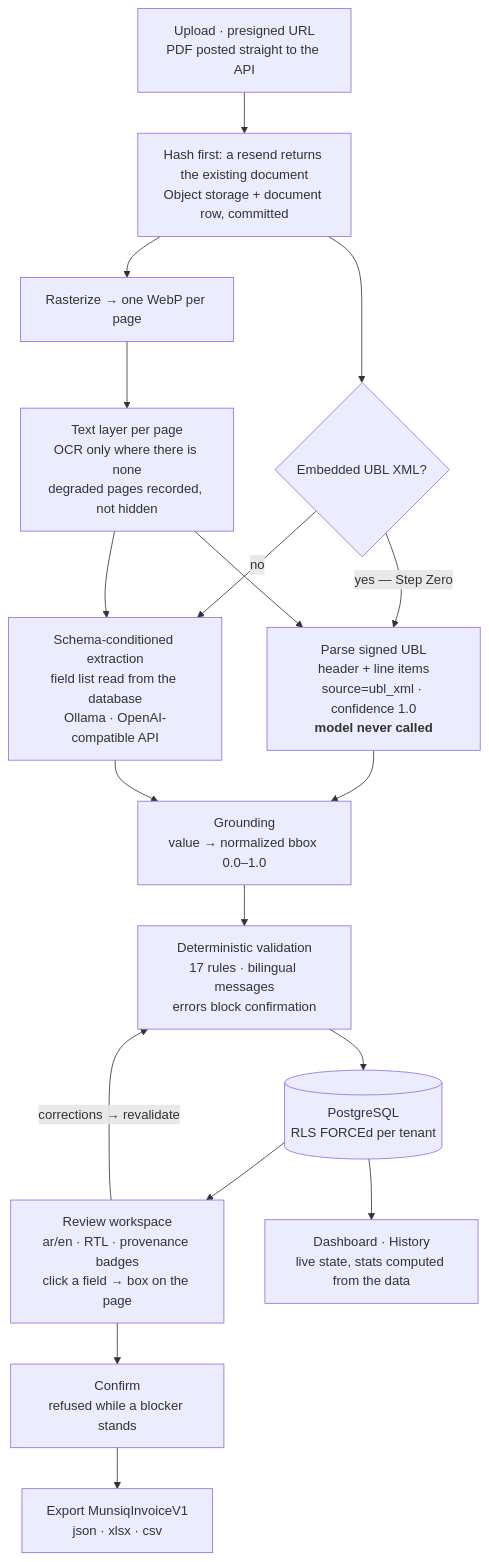
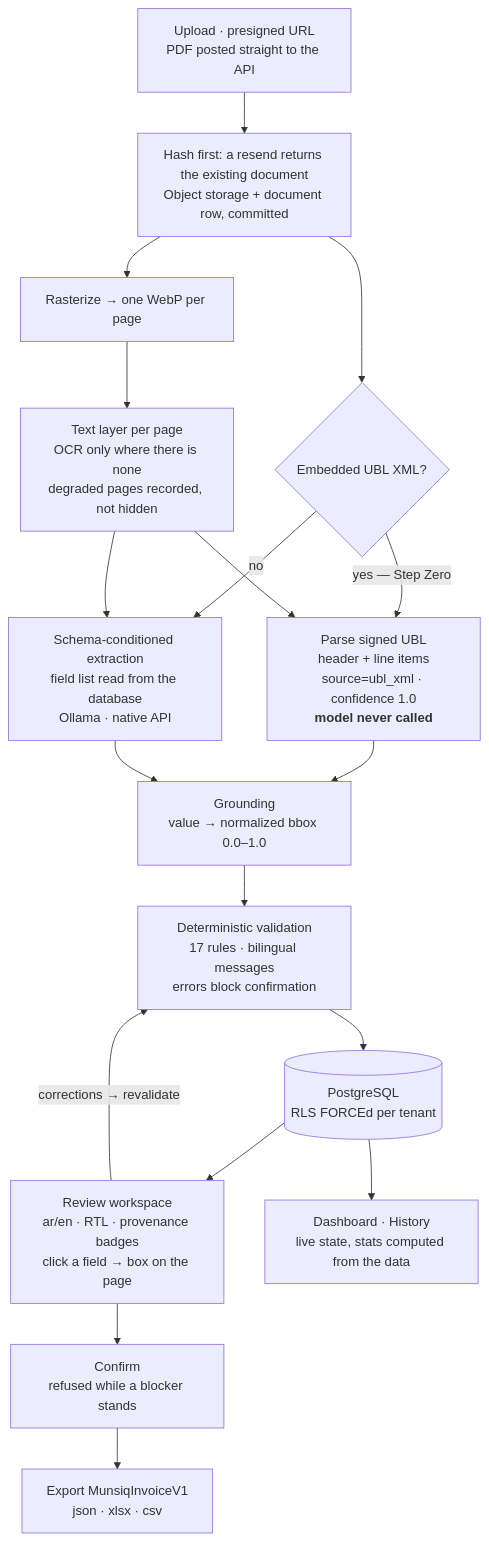
The diagram in README.md (MuathDs/munsiq), drawn with Mermaid before and after one commit. The commit also changed other lines of this file and 12 other files, not shown here.

````diff
--- a/README.md
+++ b/README.md
@@ -36,20 +36,20 @@
 ```mermaid
 flowchart TD
     A["Upload · presigned URL<br/>PDF posted straight to the API"] --> B["Hash first: a resend returns the existing document<br/>Object storage + document row, committed"]
     B --> C{"Embedded UBL XML?"}
     C -->|"yes — Step Zero"| D["Parse signed UBL<br/>header + line items<br/>source=ubl_xml · confidence 1.0<br/><b>model never called</b>"]
-    C -->|"no"| E["Schema-conditioned extraction<br/>field list read from the database<br/>Ollama · OpenAI-compatible API"]
+    C -->|"no"| E["Schema-conditioned extraction<br/>field list read from the database<br/>Ollama · native API"]
     B --> F["Rasterize → one WebP per page"]
     F --> G["Text layer per page<br/>OCR only where there is none<br/>degraded pages recorded, not hidden"]
     G --> D
     G --> E
     D --> H["Grounding<br/>value → normalized bbox 0.0–1.0"]
     E --> H
     H --> I["Deterministic validation<br/>17 rules · bilingual messages<br/>errors block confirmation"]
     I --> J[("PostgreSQL<br/>RLS FORCEd per tenant")]
     J --> K["Review workspace<br/>ar/en · RTL · provenance badges<br/>click a field → box on the page"]
     K -->|"corrections → revalidate"| I
     K --> L["Confirm<br/>refused while a blocker stands"]
     L --> M["Export MunsiqInvoiceV1<br/>json · xlsx · csv"]
     J --> N["Dashboard · History<br/>live state, stats computed from the data"]
 ```
````
